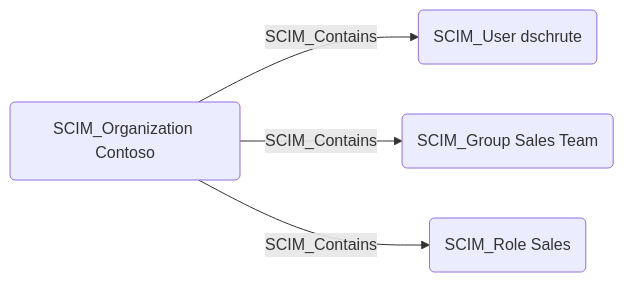
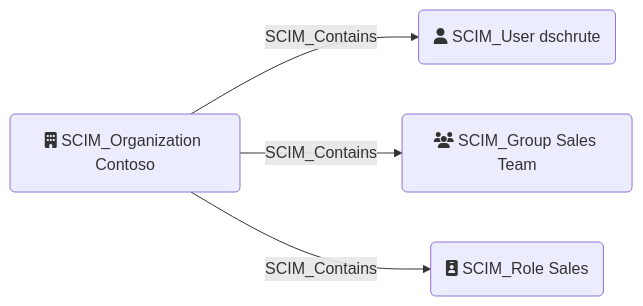
The diagram in docs/edges/SCIM_Contains.md (SpecterOps/bloodhound-scim-extension), drawn with Mermaid before and after one commit. The commit also changed other lines of this file and 24 other files, not shown here.

````diff
--- a/docs/edges/SCIM_Contains.md
+++ b/docs/edges/SCIM_Contains.md
@@ -12,10 +12,10 @@
 ```mermaid
 graph LR
-    node1("SCIM_Organization Contoso")
-    node2("SCIM_User dschrute")
-    node3("SCIM_Group Sales Team")
-    node4("SCIM_Role Sales")
+    node1("fa:fa-building SCIM_Organization Contoso")
+    node2("fa:fa-user SCIM_User dschrute")
+    node3("fa:fa-users SCIM_Group Sales Team")
+    node4("fa:fa-id-badge SCIM_Role Sales")
     node1 -- SCIM_Contains --> node2
     node1 -- SCIM_Contains --> node3
     node1 -- SCIM_Contains --> node4
 ```
````
